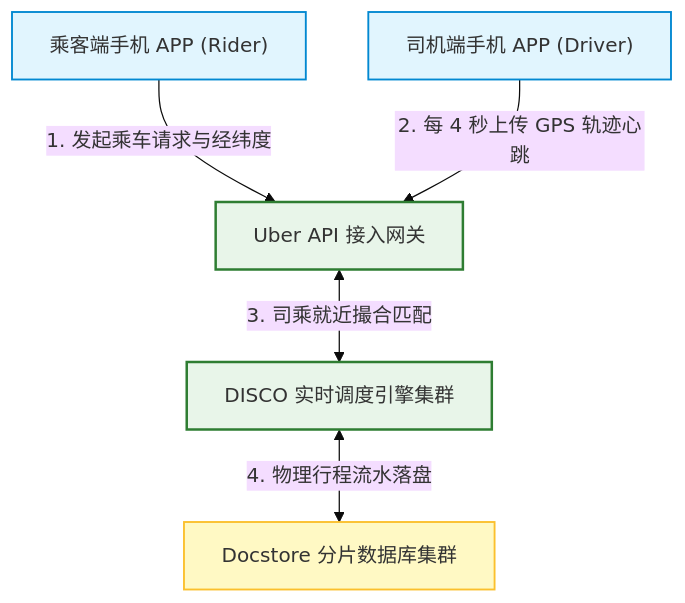
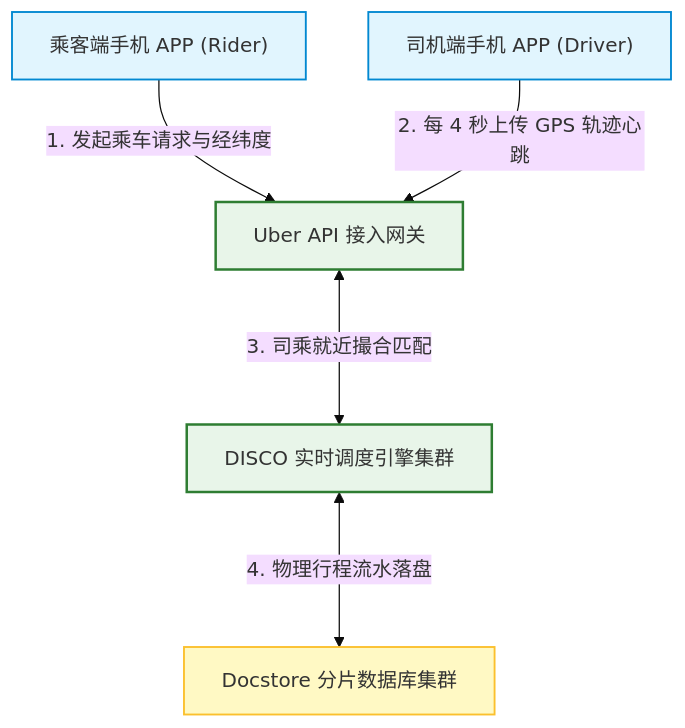
Before and after one commit to koosai/AI-Architect-Learning: the second of 8 diagrams in docs/atlas/uber.mdx, drawn with Mermaid (base theme). The commit also changed other lines of this file and 68 other files, not shown here.

Commit message:
fix(atlas): fix browser client-side Mermaid rendering for mindmaps and flowcharts across 67 case studies

````diff
--- a/docs/atlas/uber.mdx
+++ b/docs/atlas/uber.mdx
@@ -142,13 +142,13 @@
 ```mermaid
 graph TB
   classDef client fill:#e1f5fe,stroke:#0288d1,stroke-width:1.5px;
   classDef main fill:#e8f5e9,stroke:#2e7d32,stroke-width:2px;
   classDef third fill:#fff9c4,stroke:#fbc02d,stroke-width:1.5px;
 
   RiderApp["乘客端手机 APP (Rider)"]:::client -->|1. 发起乘车请求与经纬度| UberGateway["Uber API 接入网关"]:::main
   DriverApp["司机端手机 APP (Driver)"]:::client -->|2. 每 4 秒上传 GPS 轨迹心跳| UberGateway
   
-  UberGateway <-->|3. 司乘就近撮合匹配| DiscoDispatch["DISCO 实时调度引擎集群"]:::main
+  UberGateway <--->|3. 司乘就近撮合匹配| DiscoDispatch["DISCO 实时调度引擎集群"]:::main
   
-  DiscoDispatch <-->|4. 物理行程流水落盘| DocstoreCluster["Docstore 分片数据库集群"]:::third
+  DiscoDispatch <--->|4. 物理行程流水落盘| DocstoreCluster["Docstore 分片数据库集群"]:::third
 ```
````
